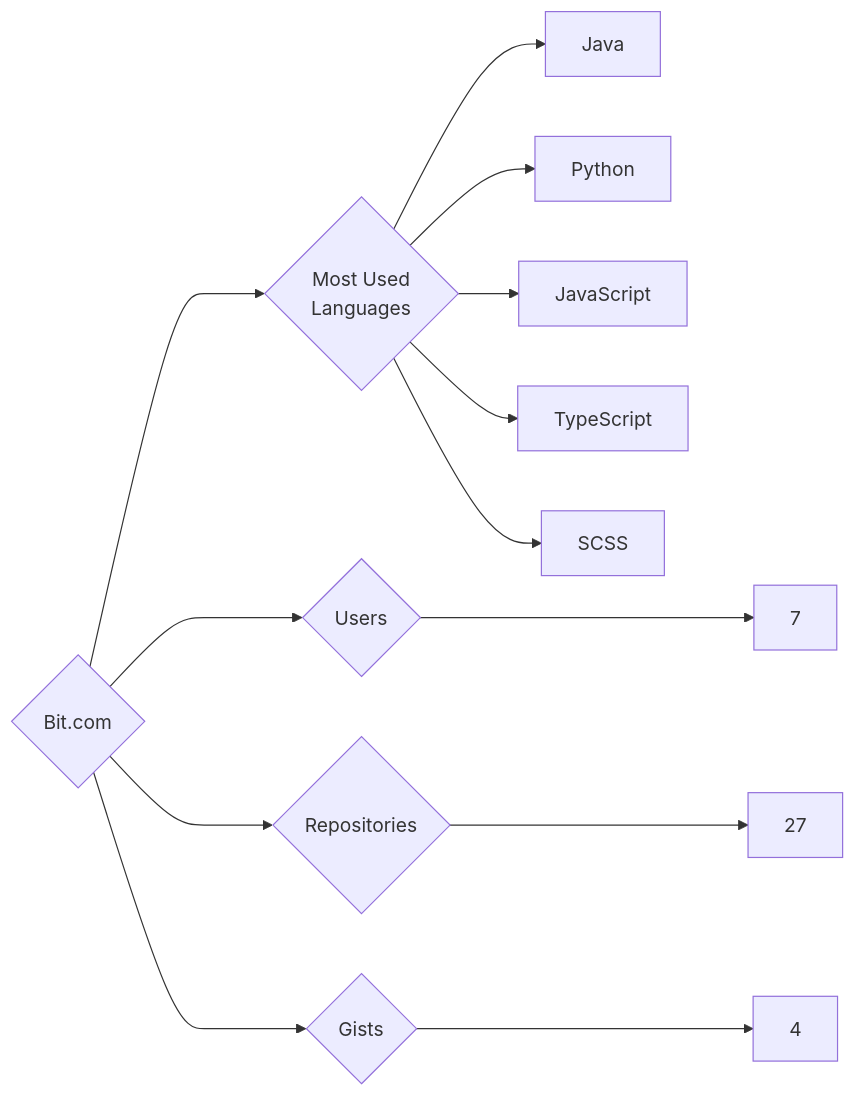
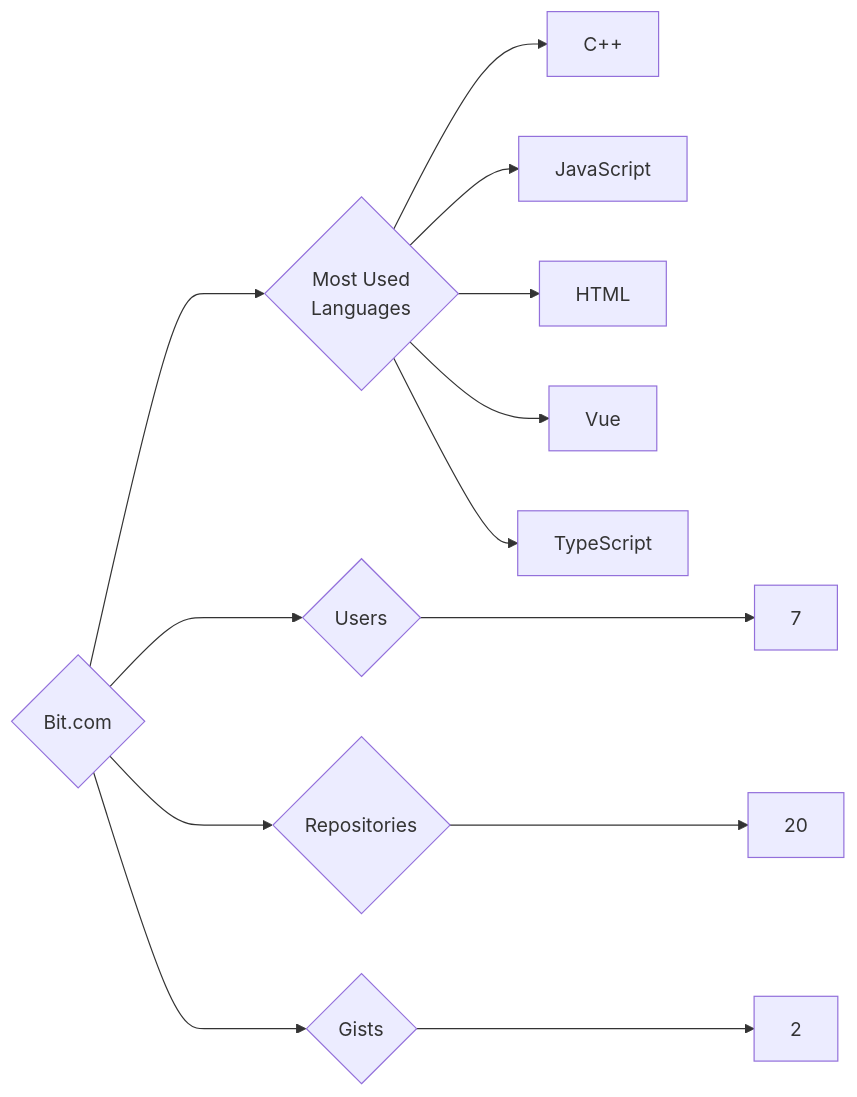
The diagram in targets/Bit.com/README.md (trickest/insiders), drawn with Mermaid before and after one commit. The commit also changed 1170 other files, not shown here.

````diff
--- a/targets/Bit.com/README.md
+++ b/targets/Bit.com/README.md
@@ -3,13 +3,13 @@
 ```mermaid
 graph LR
 COMPANY_NAME{Bit.com}
 COMPANY_NAME ---> U{Users} ---> UN[7]
-COMPANY_NAME ---> R{Repositories} ---> RN[27]
-COMPANY_NAME ---> G{Gists} ---> GN[4]
+COMPANY_NAME ---> R{Repositories} ---> RN[20]
+COMPANY_NAME ---> G{Gists} ---> GN[2]
 COMPANY_NAME ---> ML{Most Used<br>Languages}
-ML --> Java[Java]
-ML --> Python[Python]
+ML --> C++[C++]
 ML --> JavaScript[JavaScript]
+ML --> HTML[HTML]
+ML --> Vue[Vue]
 ML --> TypeScript[TypeScript]
-ML --> SCSS[SCSS]
 ```
````
